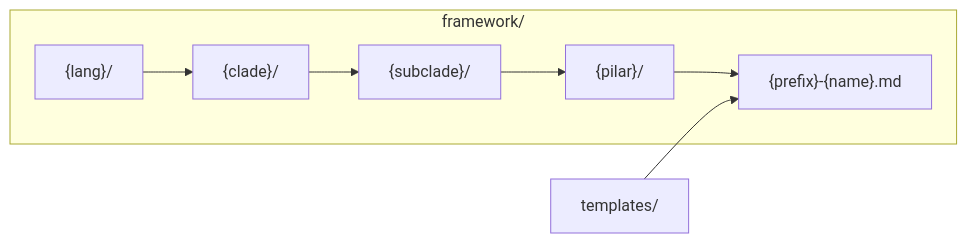
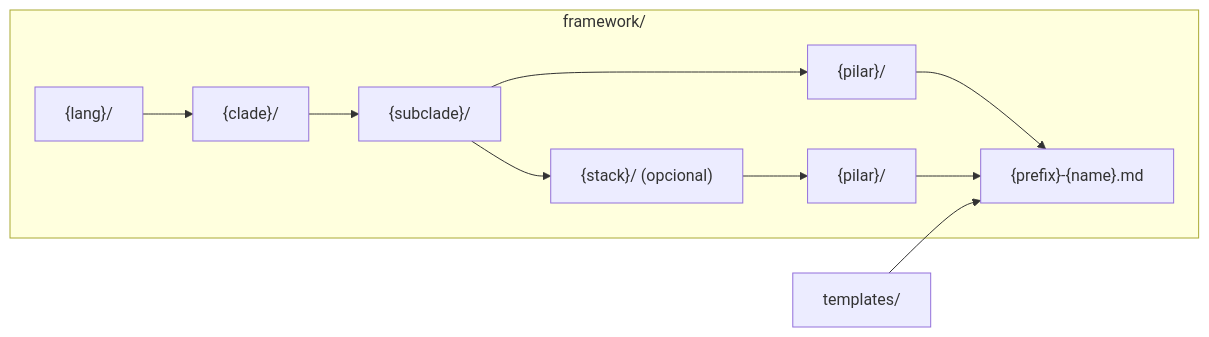
Before and after one commit to guardiatechnology/ahrena: the third of 3 diagrams in framework/pt-BR/README.md, drawn with Mermaid. The commit also changed other lines of this file and 213 other files, not shown here.

````diff
--- a/framework/pt-BR/README.md
+++ b/framework/pt-BR/README.md
@@ -87,12 +90,15 @@
 ```mermaid
 flowchart LR
   subgraph framework["framework/"]
     lang["{lang}/"]
     lang --> clade["{clade}/"]
     clade --> sub["{subclade}/"]
     sub --> pilar["{pilar}/"]
+    sub --> stack["{stack}/ (opcional)"]
+    stack --> stackPilar["{pilar}/"]
     pilar --> artefato["{prefix}-{name}.md"]
+    stackPilar --> artefato
   end
   templates["templates/"]
   templates --> artefato
 ```
````
